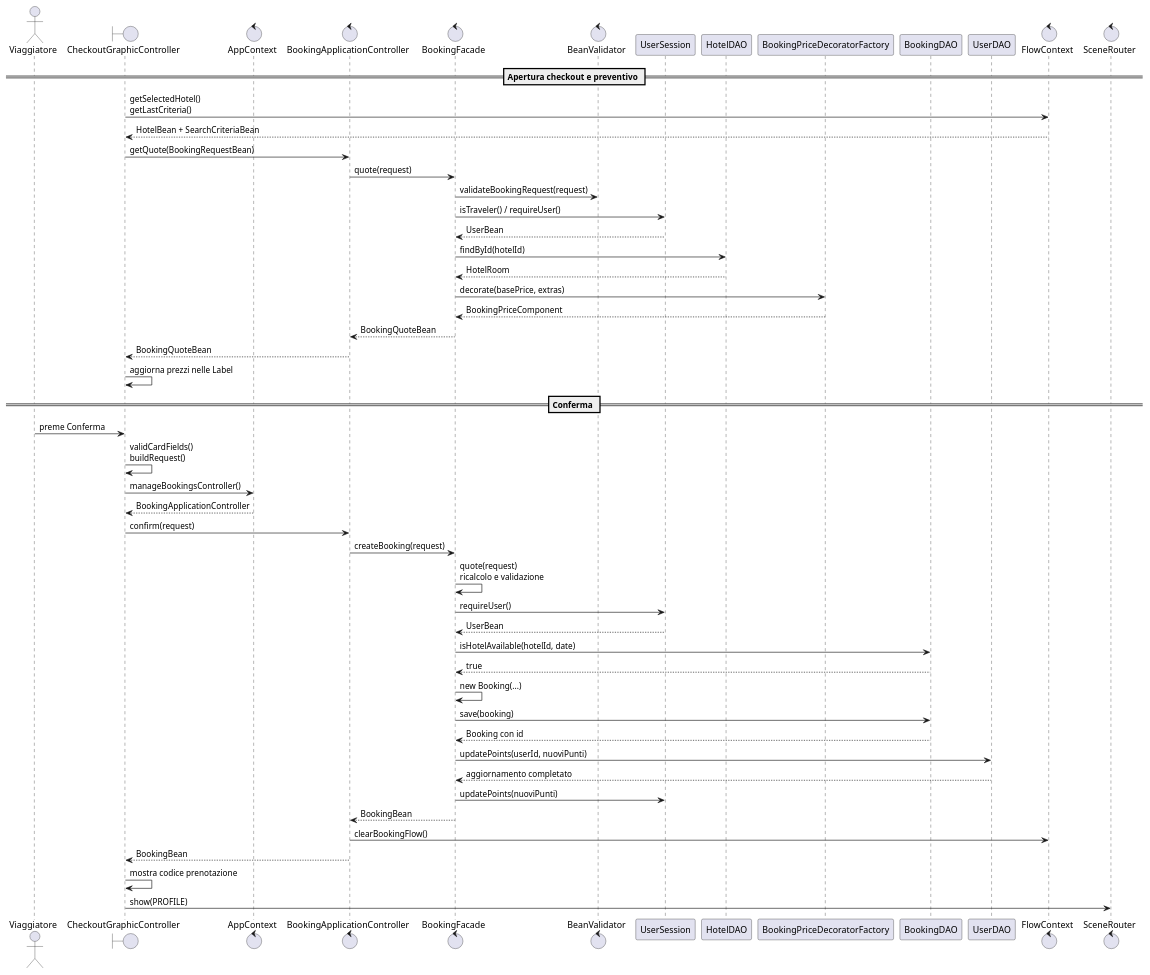
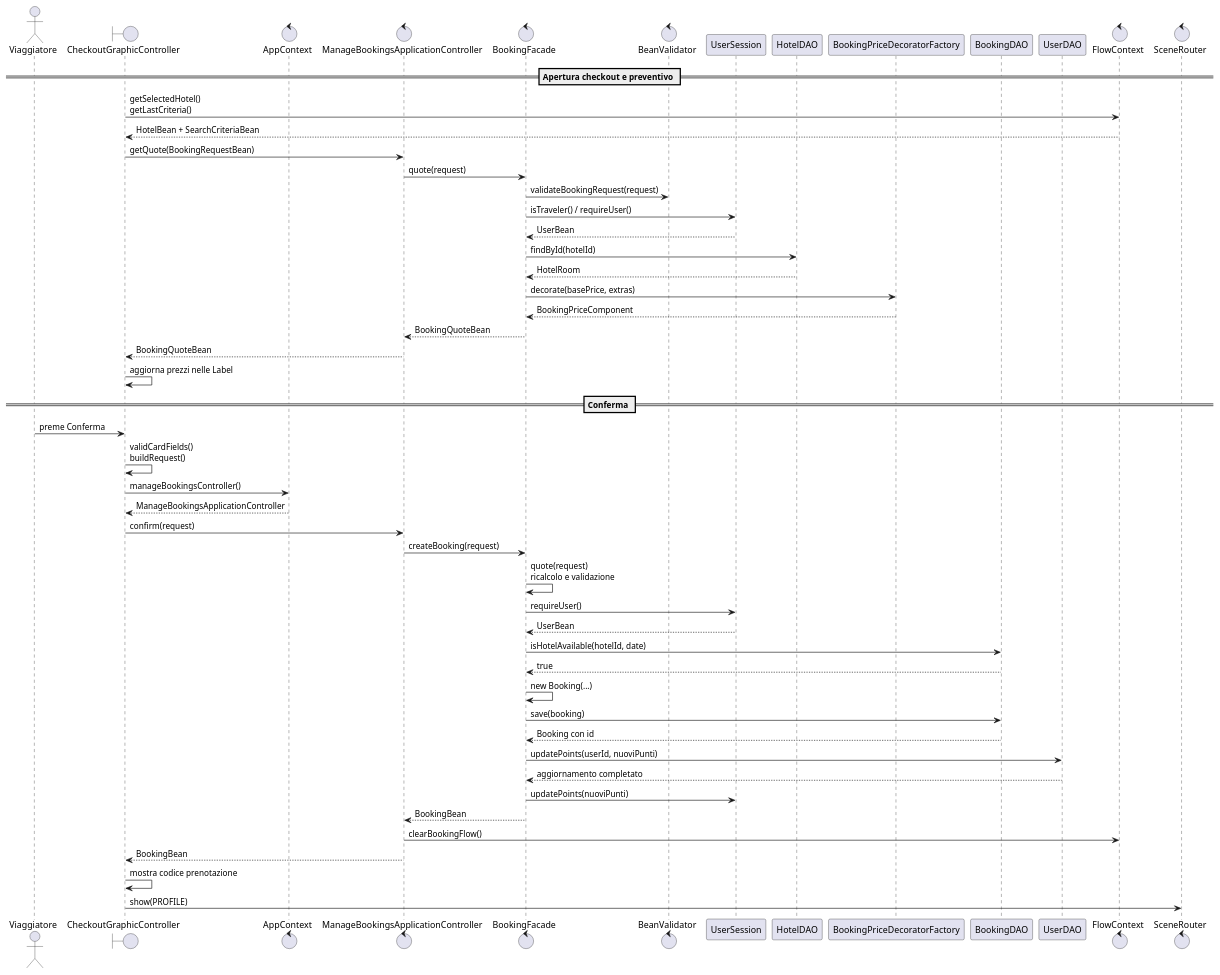
The diagram in docs/uml/sequence-booking.puml (SammySignorile/adventure-time), drawn with PlantUML before and after one commit. The commit also changed 18 other files, not shown here.

```diff
--- a/docs/uml/sequence-booking.puml
+++ b/docs/uml/sequence-booking.puml
@@ -1,56 +1,56 @@
 @startuml
 actor Viaggiatore
 boundary CheckoutGraphicController as GUI
 control AppContext as CTX
-control BookingApplicationController as AC
+control ManageBookingsApplicationController as AC
 control BookingFacade as FACADE
 control BeanValidator as VALIDATOR
 participant UserSession as SESSION
 participant HotelDAO as HDAO
 participant BookingPriceDecoratorFactory as DECORATOR
 participant BookingDAO as BDAO
 participant UserDAO as UDAO
 control FlowContext as FLOW
 control SceneRouter as ROUTER
 
 == Apertura checkout e preventivo ==
 GUI -> FLOW : getSelectedHotel()\ngetLastCriteria()
 FLOW --> GUI : HotelBean + SearchCriteriaBean
 GUI -> AC : getQuote(BookingRequestBean)
 AC -> FACADE : quote(request)
 FACADE -> VALIDATOR : validateBookingRequest(request)
 FACADE -> SESSION : isTraveler() / requireUser()
 SESSION --> FACADE : UserBean
 FACADE -> HDAO : findById(hotelId)
 HDAO --> FACADE : HotelRoom
 FACADE -> DECORATOR : decorate(basePrice, extras)
 DECORATOR --> FACADE : BookingPriceComponent
 FACADE --> AC : BookingQuoteBean
 AC --> GUI : BookingQuoteBean
 GUI -> GUI : aggiorna prezzi nelle Label
 
 == Conferma ==
 Viaggiatore -> GUI : preme Conferma
 GUI -> GUI : validCardFields()\nbuildRequest()
 GUI -> CTX : manageBookingsController()
-CTX --> GUI : BookingApplicationController
+CTX --> GUI : ManageBookingsApplicationController
 GUI -> AC : confirm(request)
 AC -> FACADE : createBooking(request)
 
 FACADE -> FACADE : quote(request)\nricalcolo e validazione
 FACADE -> SESSION : requireUser()
 SESSION --> FACADE : UserBean
 FACADE -> BDAO : isHotelAvailable(hotelId, date)
 BDAO --> FACADE : true
 FACADE -> FACADE : new Booking(...)
 FACADE -> BDAO : save(booking)
 BDAO --> FACADE : Booking con id
 FACADE -> UDAO : updatePoints(userId, nuoviPunti)
 UDAO --> FACADE : aggiornamento completato
 FACADE -> SESSION : updatePoints(nuoviPunti)
 FACADE --> AC : BookingBean
 AC -> FLOW : clearBookingFlow()
 AC --> GUI : BookingBean
 GUI -> GUI : mostra codice prenotazione
 GUI -> ROUTER : show(PROFILE)
 @enduml
```
